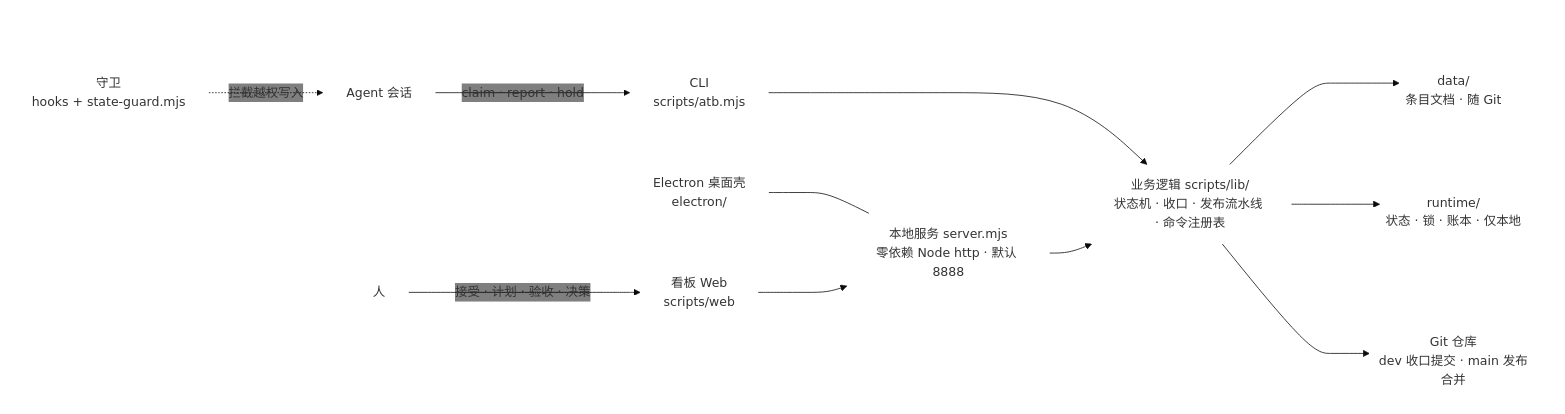
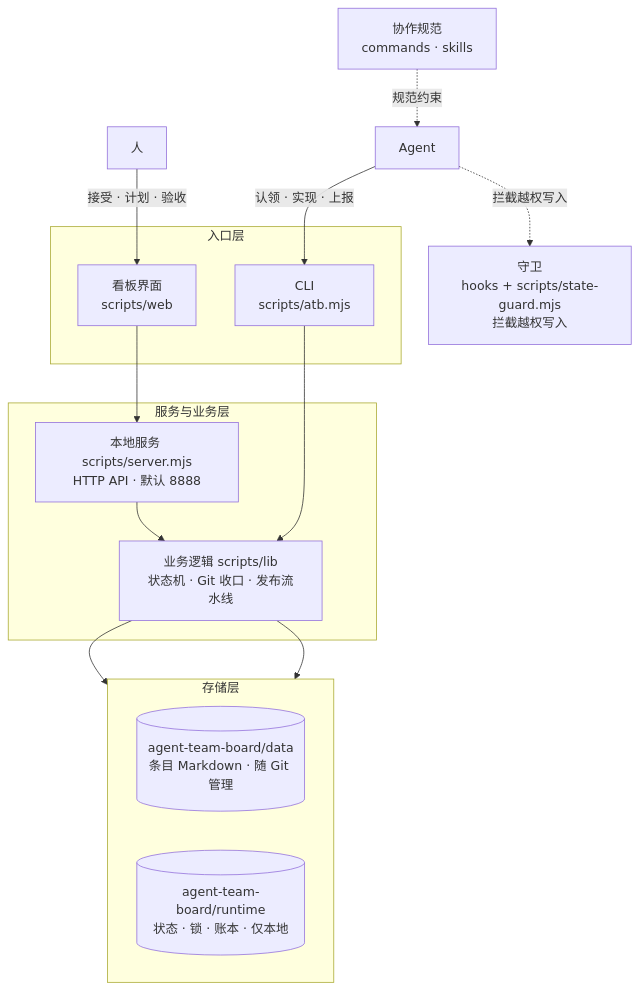
Before and after one commit to adichou/agent-team-board: the first of 4 diagrams in DESIGN.md, drawn with Mermaid. The commit also changed other lines of this file and 9 other files, not shown here.

````diff
--- a/DESIGN.md
+++ b/DESIGN.md
@@ -18,36 +33,34 @@
 ```mermaid
-%%{init: {"theme": "base", "themeVariables": {"primaryColor": "transparent", "clusterBkg": "transparent", "edgeLabelBackground": "transparent"}}}%%
-flowchart LR
+flowchart TB
     HUMAN["人"]
-    AGENT["Agent 会话"]
+    AGENT["Agent"]
+    CMD["协作规范<br/>commands · skills"]
 
     subgraph ENTRY["入口层"]
-        WEB["看板 Web<br/>scripts/web"]
+        WEB["看板界面<br/>scripts/web"]
         CLI["CLI<br/>scripts/atb.mjs"]
-        DESK["Electron 桌面壳<br/>electron/"]
     end
 
     subgraph CORE["服务与业务层"]
-        SRV["本地服务 server.mjs<br/>零依赖 Node http · 默认 8888"]
-        LIB["业务逻辑 scripts/lib/<br/>状态机 · 收口 · 发布流水线 · 命令注册表"]
+        SRV["本地服务 scripts/server.mjs<br/>HTTP API · 默认 8888"]
+        LIB["业务逻辑 scripts/lib<br/>状态机 · Git 收口 · 发布流水线"]
     end
 
     subgraph STORE["存储层"]
-        DATA[("data/<br/>条目文档 · 随 Git")]
-        RT[("runtime/<br/>状态 · 锁 · 账本 · 仅本地")]
+        direction LR
+        DATA[("agent-team-board/data<br/>条目 Markdown · 随 Git 管理")]
+        RT[("agent-team-board/runtime<br/>状态 · 锁 · 账本 · 仅本地")]
     end
 
-    GIT[("Git 仓库<br/>dev 收口提交 · main 发布合并")]
-    GUARD["守卫<br/>hooks + state-guard.mjs"]
+    GUARD["守卫<br/>hooks + scripts/state-guard.mjs<br/>拦截越权写入"]
 
-    HUMAN -->|"接受 · 计划 · 验收 · 决策"| WEB
-    AGENT -->|"claim · report · hold"| CLI
-    DESK --- SRV
+    HUMAN -->|"接受 · 计划 · 验收"| WEB
+    AGENT -->|"认领 · 实现 · 上报"| CLI
+    CMD -.->|规范约束| AGENT
     WEB --> SRV
     CLI --> LIB
     SRV --> LIB
     LIB --> DATA
     LIB --> RT
-    LIB --> GIT
-    GUARD -.->|"拦截越权写入"| AGENT
+    AGENT -.->|拦截越权写入| GUARD
 ```
````
